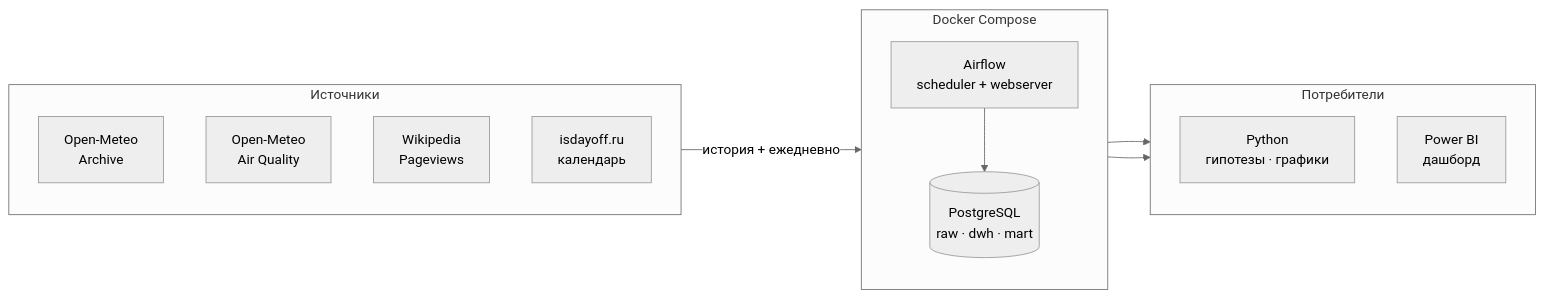
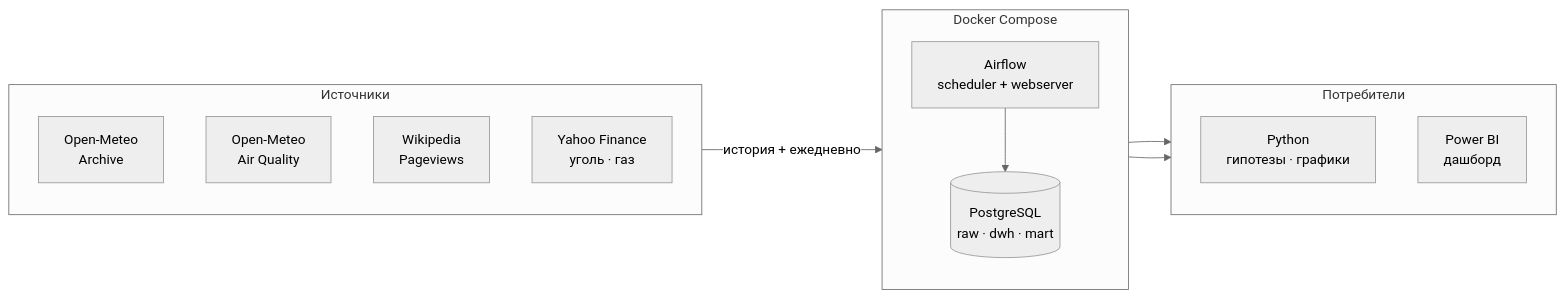
One commit to Shamil65/agro-price-etl-analytics changed the diagram in README.md. Above: the diagram before and after it, drawn with Mermaid (neutral theme). The commit also changed other lines of this file, not shown here.

````diff
--- a/README.md
+++ b/README.md
@@ -89,27 +136,27 @@
 ```mermaid
 flowchart LR
     subgraph SRC["Источники"]
         direction TB
         S1["Open-Meteo<br/>Archive"]
         S2["Open-Meteo<br/>Air Quality"]
         S3["Wikipedia<br/>Pageviews"]
-        S4["isdayoff.ru<br/>календарь"]
+        S4["Yahoo Finance<br/>уголь · газ"]
     end
 
     subgraph DOCKER["Docker Compose"]
         direction TB
         AF["Airflow<br/>scheduler + webserver"]
         PG[("PostgreSQL<br/>raw · dwh · mart")]
         AF --> PG
     end
 
     subgraph OUT["Потребители"]
         direction TB
         AN["Python<br/>гипотезы · графики"]
         BI["Power BI<br/>дашборд"]
     end
 
     SRC -->|"история + ежедневно"| AF
     PG --> AN
     PG --> BI
 ```
````
